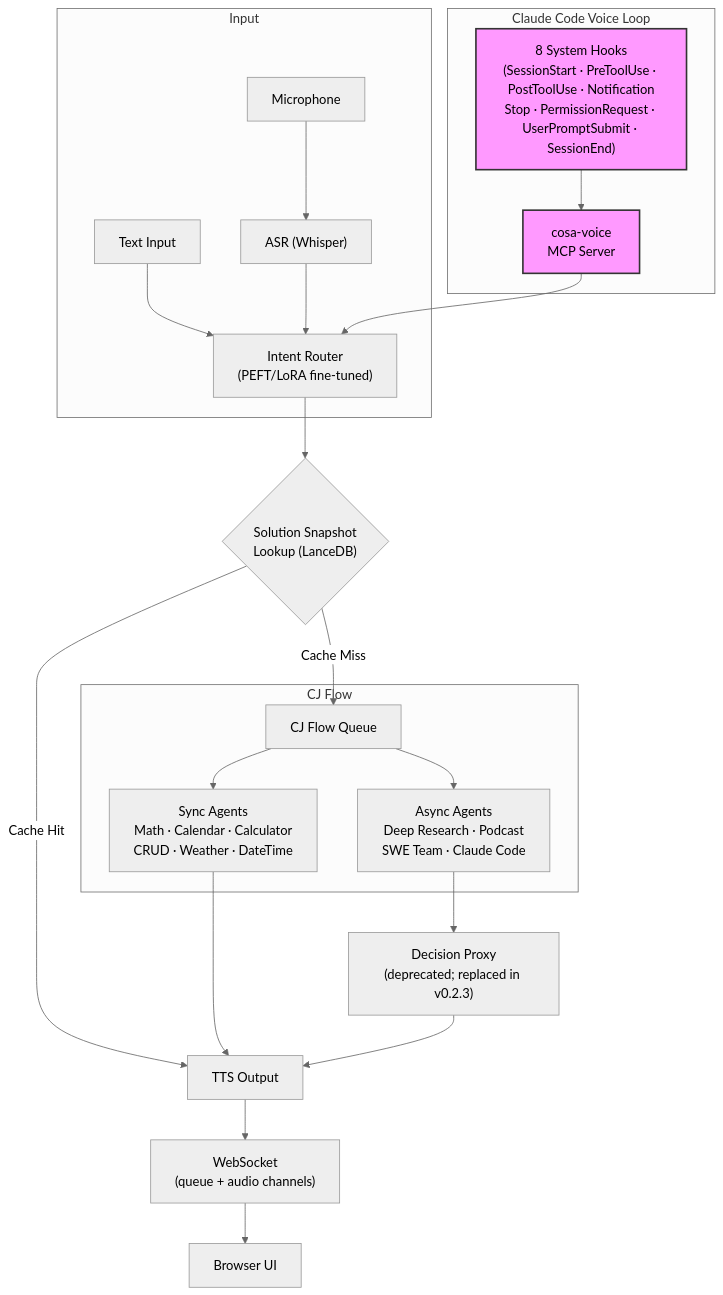
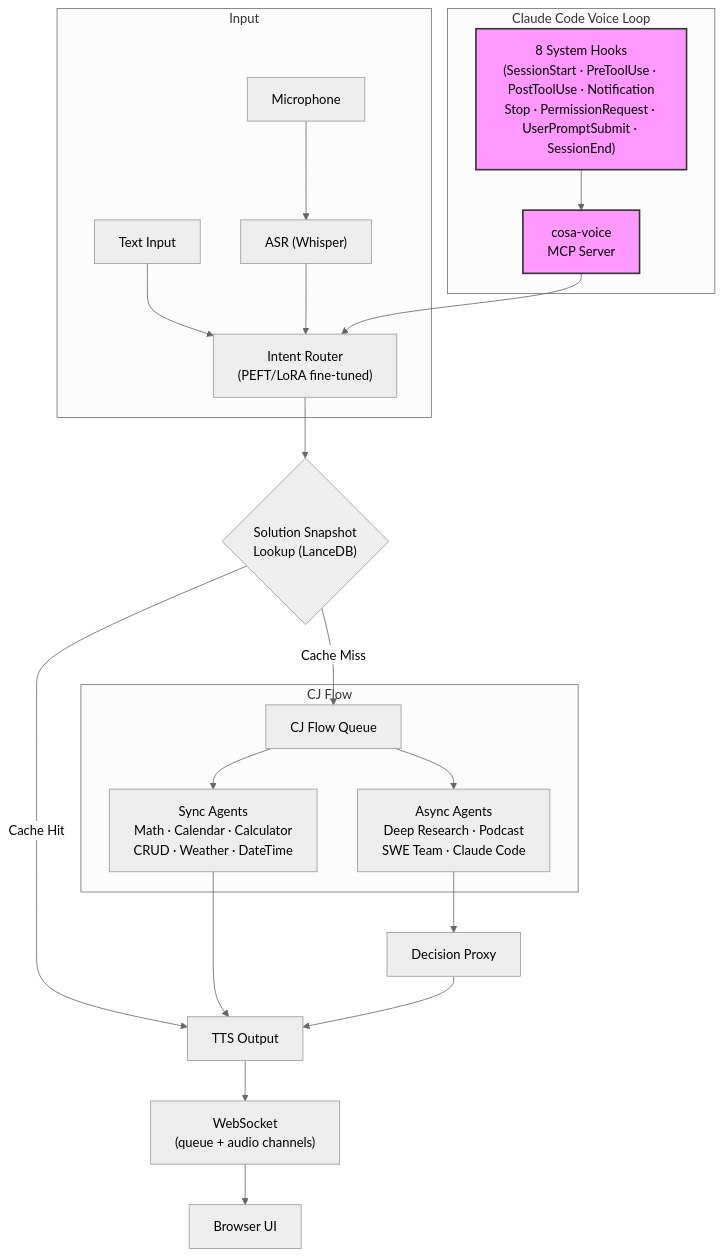
The diagram in README.md (deepily/lupin), drawn with Mermaid (neutral theme) before and after one commit. The commit also changed other lines of this file and 2030 other files, not shown here.

First line of the commit message:
Lupin v0.2.3 → main: the decision proxy fixed, the reuse backlog judged, background jobs under one switch (#24)

````diff
--- a/README.md
+++ b/README.md
@@ -74,33 +74,33 @@
 ```mermaid
 flowchart TD
     subgraph Input
         MIC["Microphone"] --> ASR["ASR (Whisper)"]
         TEXT["Text Input"] --> ROUTER
     end
 
     ASR --> ROUTER["Intent Router<br/>(PEFT/LoRA fine-tuned)"]
 
     ROUTER --> SNAP{"Solution Snapshot<br/>Lookup (LanceDB)"}
     SNAP -- "Cache Hit" --> TTS["TTS Output"]
     SNAP -- "Cache Miss" --> CJ["CJ Flow Queue"]
 
     subgraph CJ Flow
         CJ --> SYNC["Sync Agents<br/>Math · Calendar · Calculator<br/>CRUD · Weather · DateTime"]
         CJ --> ASYNC["Async Agents<br/>Deep Research · Podcast<br/>SWE Team · Claude Code"]
     end
 
     SYNC --> TTS
-    ASYNC --> PROXY["Decision Proxy<br/>(deprecated; replaced in v0.2.3)"]
+    ASYNC --> PROXY["Decision Proxy"]
     PROXY --> TTS
 
     TTS --> WS["WebSocket<br/>(queue + audio channels)"]
     WS --> BROWSER["Browser UI"]
 
     subgraph Claude Code Voice Loop
         HOOKS["8 System Hooks<br/>(SessionStart · PreToolUse · PostToolUse · Notification<br/>Stop · PermissionRequest · UserPromptSubmit · SessionEnd)"] --> MCP["cosa-voice<br/>MCP Server"]
         MCP --> ROUTER
     end
 
     style HOOKS fill:#f9f,stroke:#333,stroke-width:2px
     style MCP fill:#f9f,stroke:#333,stroke-width:2px
 ```
````
